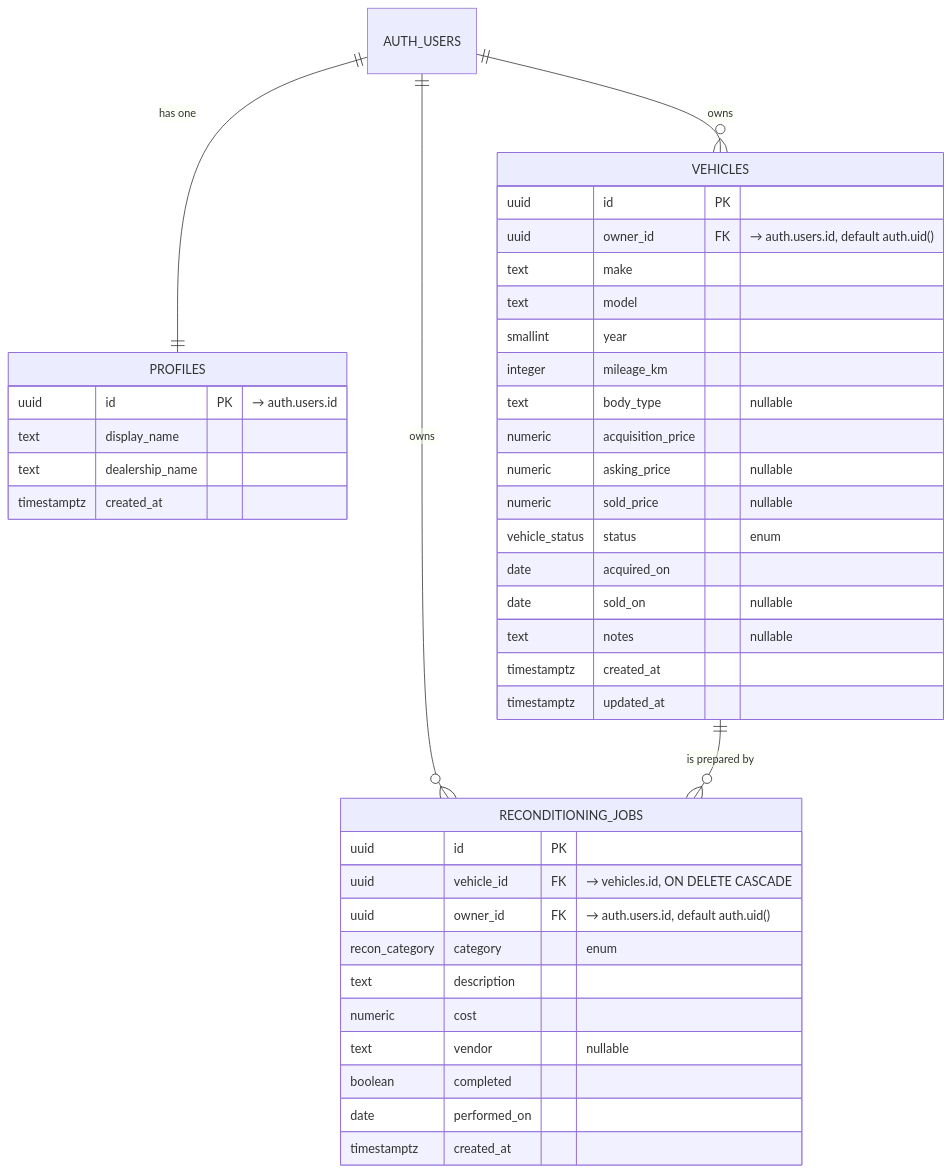
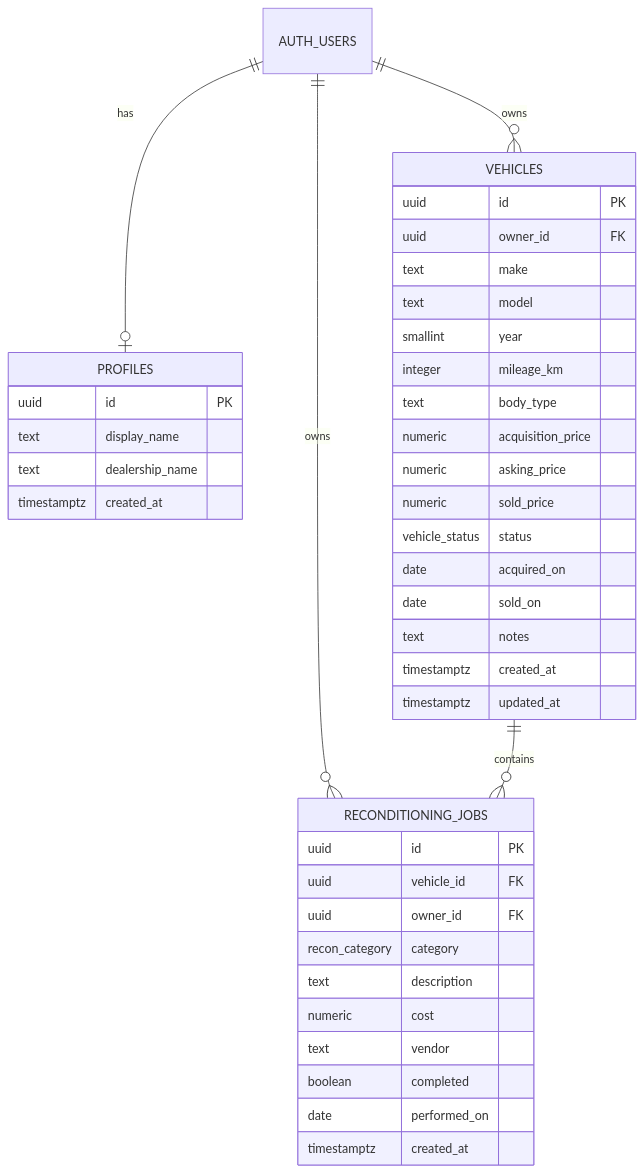
The diagram in _notes/02-dashboard/02-DATA-MODEL.md (Aamer-Gituser/alba-corp-assessment), drawn with Mermaid before and after one commit. The commit also changed other lines of this file and 53 other files, not shown here.

````diff
--- a/_notes/02-dashboard/02-DATA-MODEL.md
+++ b/_notes/02-dashboard/02-DATA-MODEL.md
@@ -10,44 +7,43 @@
 ```mermaid
 erDiagram
-    AUTH_USERS ||--|| PROFILES : "has one"
+    AUTH_USERS ||--o| PROFILES : has
     AUTH_USERS ||--o{ VEHICLES : owns
     AUTH_USERS ||--o{ RECONDITIONING_JOBS : owns
-    VEHICLES ||--o{ RECONDITIONING_JOBS : "is prepared by"
-
+    VEHICLES ||--o{ RECONDITIONING_JOBS : contains
     PROFILES {
-        uuid id PK "→ auth.users.id"
+        uuid id PK
         text display_name
         text dealership_name
         timestamptz created_at
     }
     VEHICLES {
         uuid id PK
-        uuid owner_id FK "→ auth.users.id, default auth.uid()"
+        uuid owner_id FK
         text make
         text model
         smallint year
         integer mileage_km
-        text body_type "nullable"
+        text body_type
         numeric acquisition_price
-        numeric asking_price "nullable"
-        numeric sold_price "nullable"
-        vehicle_status status "enum"
+        numeric asking_price
+        numeric sold_price
+        vehicle_status status
         date acquired_on
-        date sold_on "nullable"
-        text notes "nullable"
+        date sold_on
+        text notes
         timestamptz created_at
         timestamptz updated_at
     }
     RECONDITIONING_JOBS {
         uuid id PK
-        uuid vehicle_id FK "→ vehicles.id, ON DELETE CASCADE"
-        uuid owner_id FK "→ auth.users.id, default auth.uid()"
-        recon_category category "enum"
+        uuid vehicle_id FK
+        uuid owner_id FK
+        recon_category category
         text description
         numeric cost
-        text vendor "nullable"
+        text vendor
         boolean completed
         date performed_on
         timestamptz created_at
     }
 ```
````
